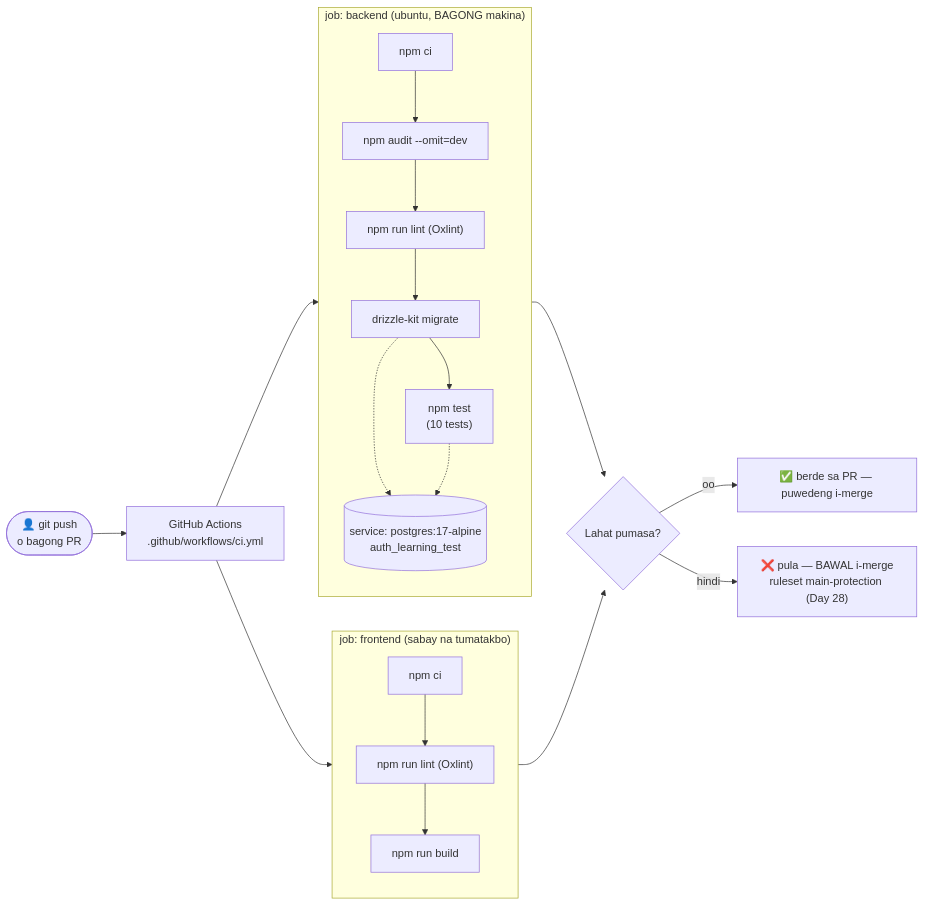
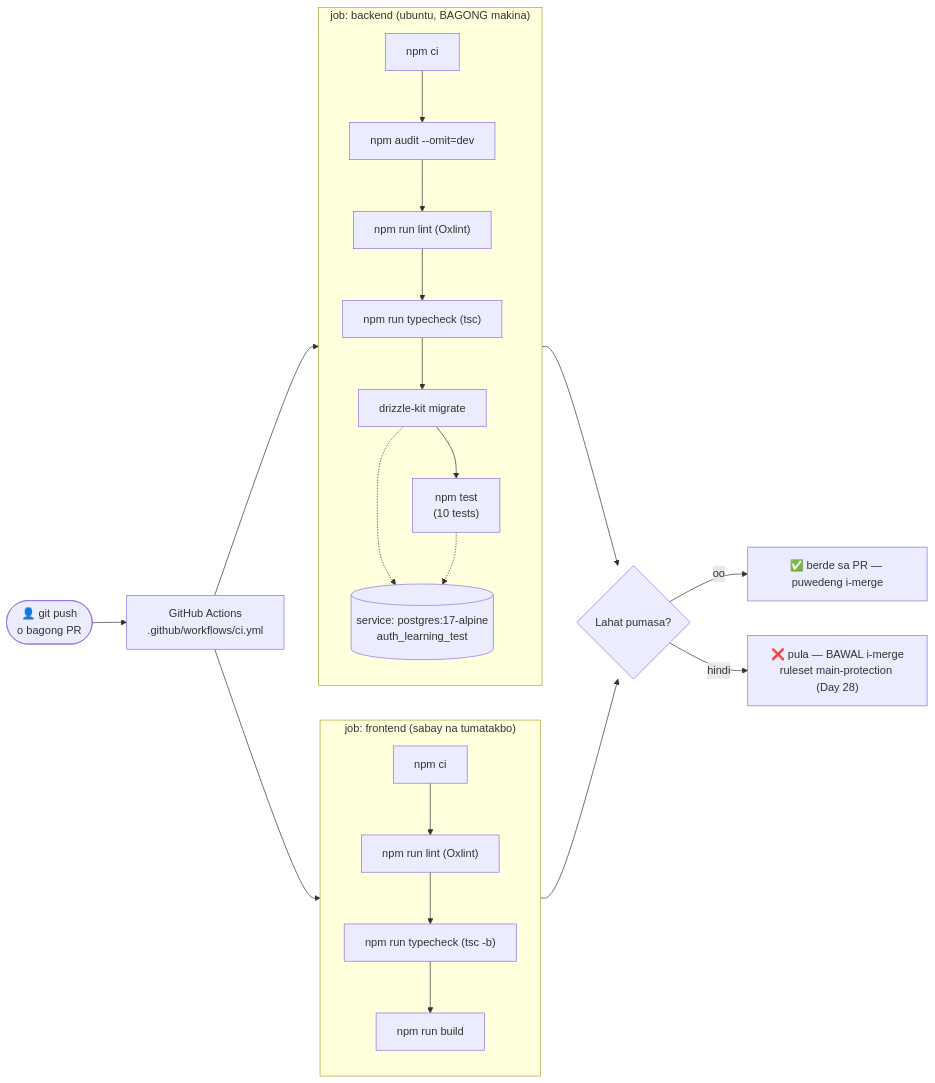
Before and after one commit to nelson1869-ai/auth-learning: the diagram in docs/diagrams/08-ci-pipeline.md, drawn with Mermaid. The commit also changed other lines of this file and 7 other files, not shown here.

Commit message:
docs: D-019 frontend types are a copy of the API, day 32b notes, diagrams

````diff
--- a/docs/diagrams/08-ci-pipeline.md
+++ b/docs/diagrams/08-ci-pipeline.md
@@ -8,21 +8,21 @@
 ```mermaid
 flowchart LR
     Dev(["👤 git push<br/>o bagong PR"]) --> GH["GitHub Actions<br/>.github/workflows/ci.yml"]
     GH --> BE
     GH --> FE
     subgraph BE["job: backend (ubuntu, BAGONG makina)"]
         direction TB
         PG[("service: postgres:17-alpine<br/>auth_learning_test")]
-        B1["npm ci"] --> B2["npm audit --omit=dev"] --> B3["npm run lint (Oxlint)"] --> B4["drizzle-kit migrate"] --> B5["npm test<br/>(10 tests)"]
+        B1["npm ci"] --> B2["npm audit --omit=dev"] --> B3["npm run lint (Oxlint)"] --> B3b["npm run typecheck (tsc)"] --> B4["drizzle-kit migrate"] --> B5["npm test<br/>(10 tests)"]
         B4 -.-> PG
         B5 -.-> PG
     end
     subgraph FE["job: frontend (sabay na tumatakbo)"]
         direction TB
-        F1["npm ci"] --> F2["npm run lint (Oxlint)"] --> F3["npm run build"]
+        F1["npm ci"] --> F2["npm run lint (Oxlint)"] --> F2b["npm run typecheck (tsc -b)"] --> F3["npm run build"]
     end
     BE --> R{"Lahat pumasa?"}
     FE --> R
     R -->|"oo"| OK["✅ berde sa PR — puwedeng i-merge"]
     R -->|"hindi"| NO["❌ pula — BAWAL i-merge<br/>ruleset main-protection (Day 28)"]
 ```
````
